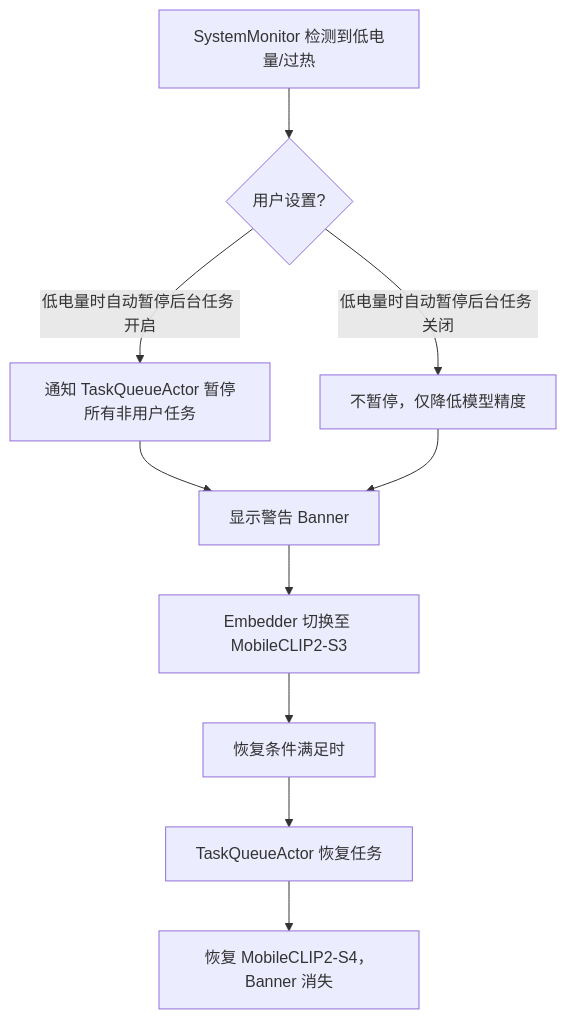
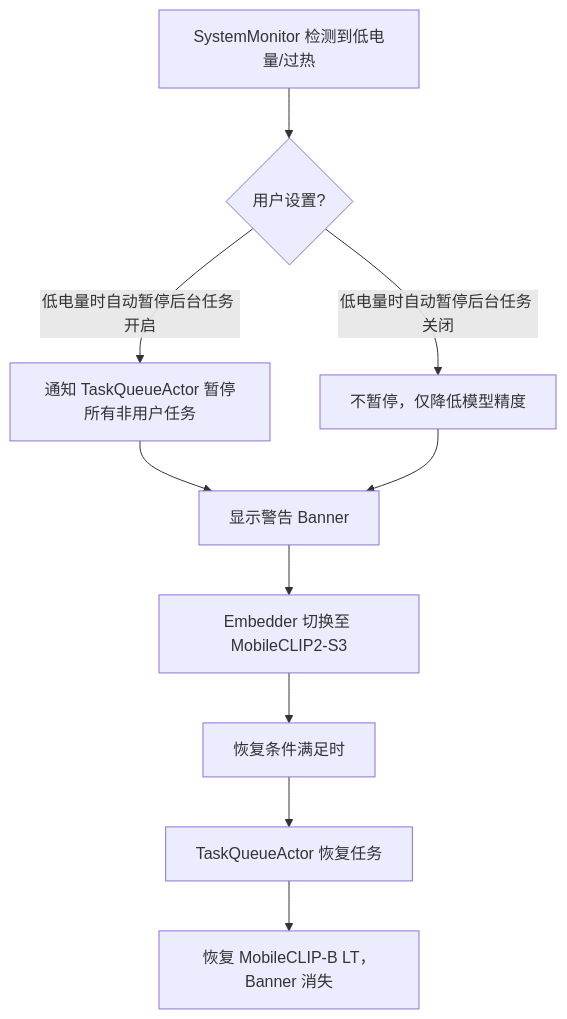
One commit to logan-suu/Echo changed diagram 12 of 12 in docs/02-architecture/数据流全链路技术说明文档.md. Above: the diagram before and after it, drawn with Mermaid. The commit also changed other lines of this file and 4 other files, not shown here.

````diff
--- a/docs/02-architecture/数据流全链路技术说明文档.md
+++ b/docs/02-architecture/数据流全链路技术说明文档.md
@@ -452,12 +452,12 @@
 ```mermaid
 flowchart TD
     A[SystemMonitor 检测到低电量/过热] --> B{用户设置?}
     B -->|低电量时自动暂停后台任务 开启| C[通知 TaskQueueActor 暂停所有非用户任务]
     B -->|低电量时自动暂停后台任务 关闭| D[不暂停，仅降低模型精度]
     C --> E[显示警告 Banner]
     D --> E
     E --> F[Embedder 切换至 MobileCLIP2-S3]
     F --> G[恢复条件满足时]
     G --> H[TaskQueueActor 恢复任务]
-    H --> I[恢复 MobileCLIP2-S4，Banner 消失]
+    H --> I[恢复 MobileCLIP-B LT，Banner 消失]
 ```
````
